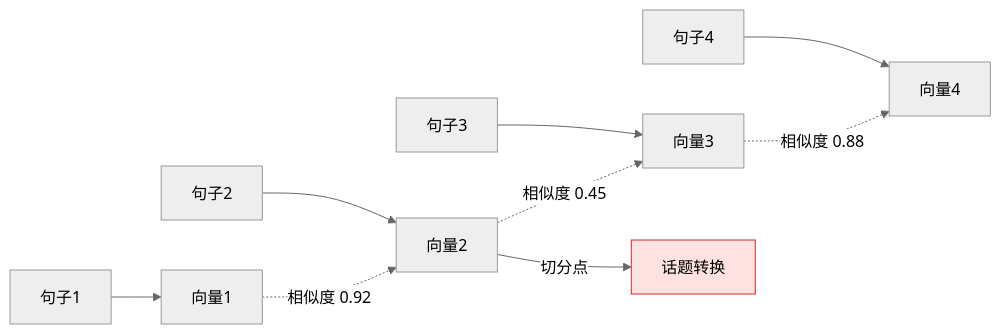
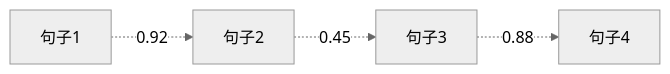
One commit to likebeans/notes-on-llms changed the fifth of 9 diagrams in docs/llms/rag/index.md. Above: the diagram before and after it, drawn with Mermaid (neutral theme). The commit also changed other lines of this file and 2 other files, not shown here.

Commit message:
feat: 添加 Mermaid 流程图支持并优化样式

````diff
--- a/docs/llms/rag/index.md
+++ b/docs/llms/rag/index.md
@@ -224,15 +197,6 @@
 ```mermaid
 flowchart LR
-    S1[句子1] --> E1[向量1]
-    S2[句子2] --> E2[向量2]
-    S3[句子3] --> E3[向量3]
-    S4[句子4] --> E4[向量4]
-    
-    E1 -.->|相似度 0.92| E2
-    E2 -.->|相似度 0.45| E3
-    E3 -.->|相似度 0.88| E4
-    
-    E2 -->|" 切分点"| CUT[话题转换]
-    
-    style CUT fill:#fee2e2,stroke:#dc2626
+    S1[句子1] -.->|0.92| S2[句子2]
+    S2 -.->|0.45 | S3[句子3]
+    S3 -.->|0.88| S4[句子4]
 ```
````
